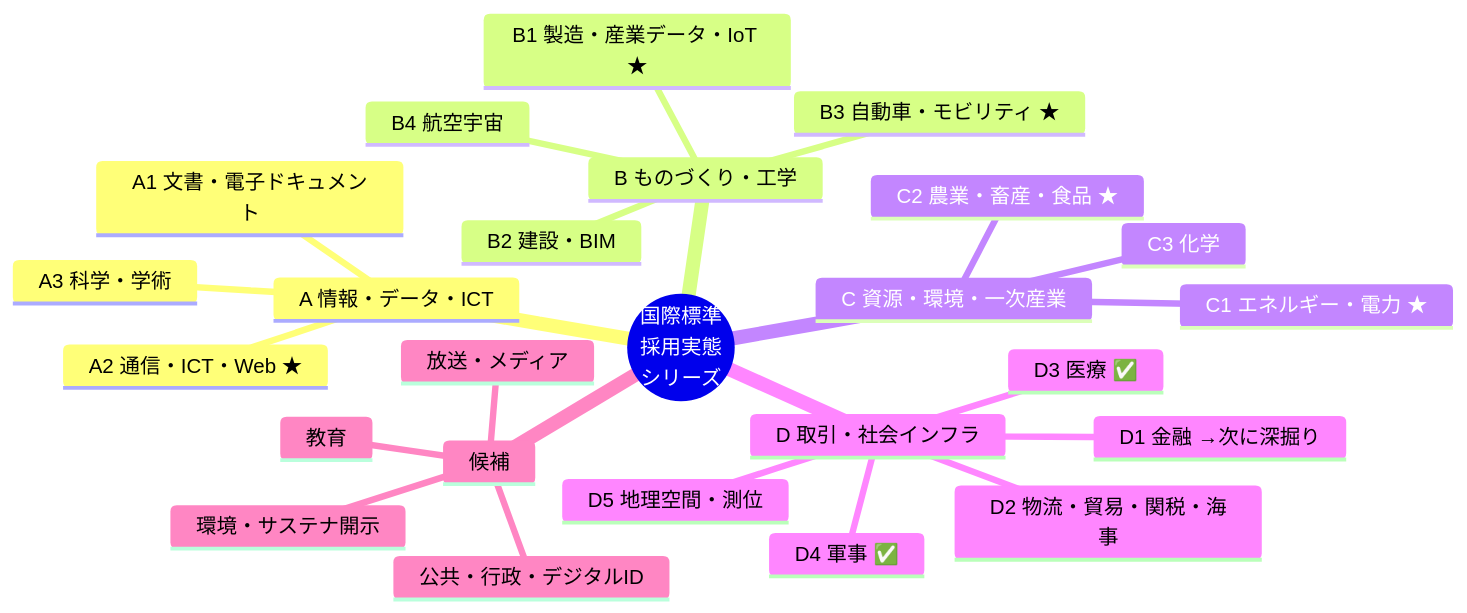
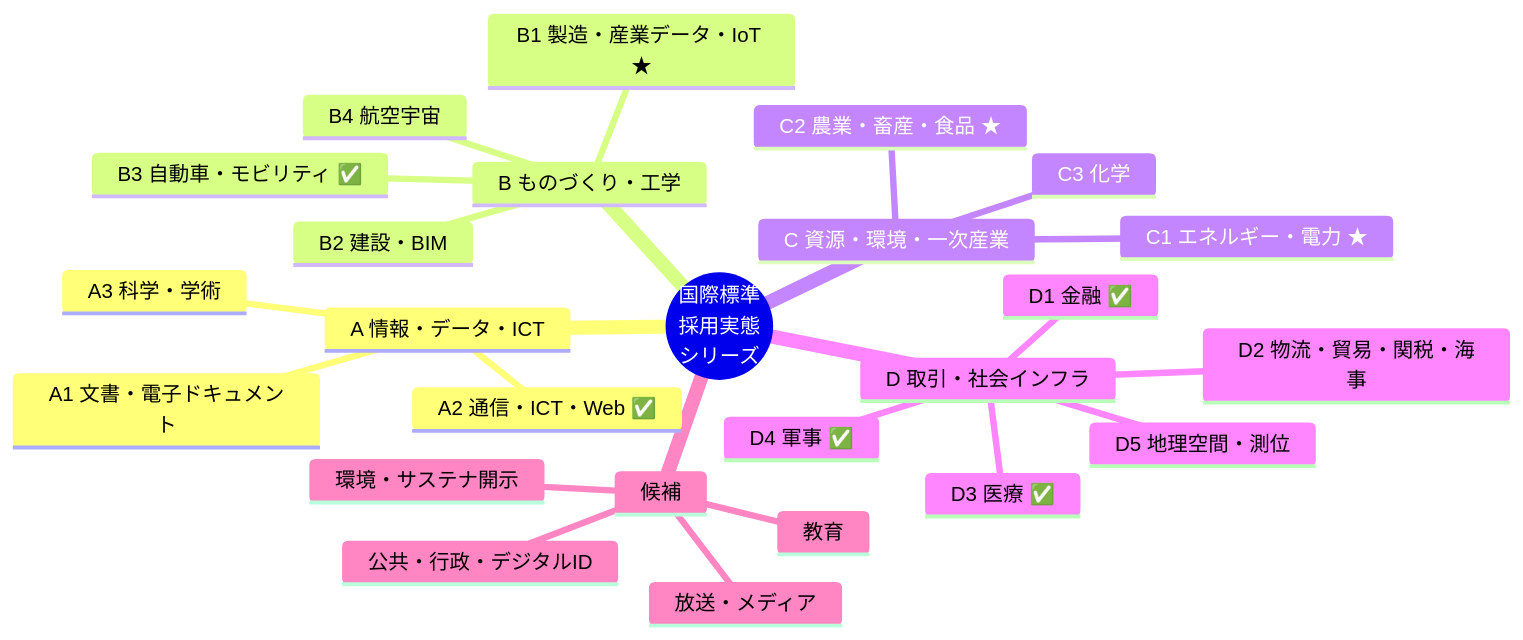
One commit to shuji-bonji/Current-Status-of-International-Standard-Adoption changed the second of 2 diagrams in 国際標準規格の採用実態_総括レポート_再編版.md. Above: the diagram before and after it, drawn with Mermaid. The commit also changed other lines of this file and 2 other files, not shown here.

Commit message:
feat: 自動車・モビリティ標準の総括：領域横断カタログと採用実態分析 の追加

````diff
--- a/国際標準規格の採用実態_総括レポート_再編版.md
+++ b/国際標準規格の採用実態_総括レポート_再編版.md
@@ -230,28 +233,28 @@
 ```mermaid
 mindmap
   root((国際標準<br/>採用実態<br/>シリーズ))
     A 情報・データ・ICT
       A1 文書・電子ドキュメント
-      A2 通信・ICT・Web ★
+      A2 通信・ICT・Web ✅
       A3 科学・学術
     B ものづくり・工学
       B1 製造・産業データ・IoT ★
       B2 建設・BIM
-      B3 自動車・モビリティ ★
+      B3 自動車・モビリティ ✅
       B4 航空宇宙
     C 資源・環境・一次産業
       C1 エネルギー・電力 ★
       C2 農業・畜産・食品 ★
       C3 化学
     D 取引・社会インフラ
-      D1 金融 →次に深掘り
+      D1 金融 ✅
       D2 物流・貿易・関税・海事
       D3 医療 ✅
       D4 軍事 ✅
       D5 地理空間・測位
     候補
       放送・メディア
       環境・サステナ開示
       公共・行政・デジタルID
       教育
 ```
````
